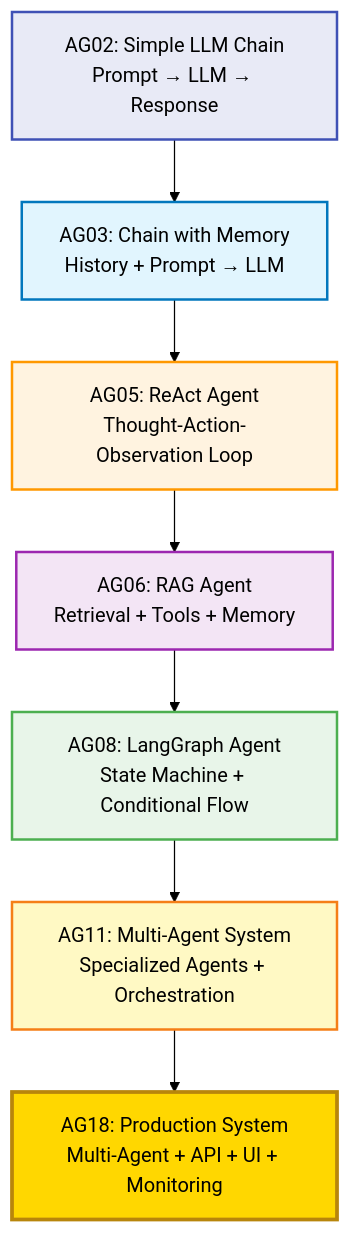
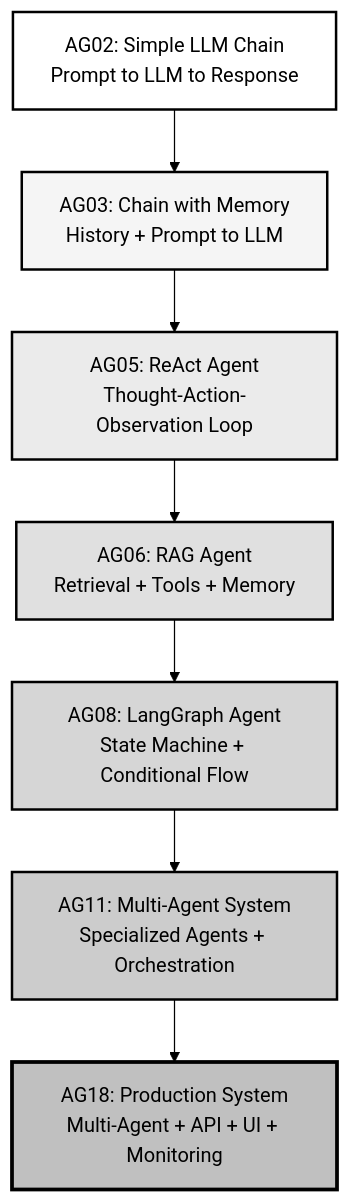
One commit to nexageapps/AI changed the fifth of 6 diagrams in Agents/README.md. Above: the diagram before and after it, drawn with Mermaid (forest theme). The commit also changed other lines of this file and 1 other file, not shown here.

````diff
--- a/Agents/README.md
+++ b/Agents/README.md
@@ -517,17 +517,17 @@
 ```mermaid
 graph TD
-    A["AG02: Simple LLM Chain<br/>Prompt → LLM → Response"] --> B["AG03: Chain with Memory<br/>History + Prompt → LLM"]
+    A["AG02: Simple LLM Chain<br/>Prompt to LLM to Response"] --> B["AG03: Chain with Memory<br/>History + Prompt to LLM"]
     B --> C["AG05: ReAct Agent<br/>Thought-Action-Observation Loop"]
     C --> D["AG06: RAG Agent<br/>Retrieval + Tools + Memory"]
     D --> E["AG08: LangGraph Agent<br/>State Machine + Conditional Flow"]
     E --> F["AG11: Multi-Agent System<br/>Specialized Agents + Orchestration"]
     F --> G["AG18: Production System<br/>Multi-Agent + API + UI + Monitoring"]
     
-    style A fill:#e8eaf6,stroke:#3f51b5,stroke-width:2px
-    style B fill:#e1f5fe,stroke:#0277bd,stroke-width:2px
-    style C fill:#fff3e0,stroke:#ff9800,stroke-width:2px
-    style D fill:#f3e5f5,stroke:#9c27b0,stroke-width:2px
-    style E fill:#e8f5e9,stroke:#4caf50,stroke-width:2px
-    style F fill:#fff9c4,stroke:#f57f17,stroke-width:2px
-    style G fill:#FFD700,stroke:#b8860b,stroke-width:3px
+    style A fill:#ffffff,stroke:#000000,stroke-width:2px,color:#000000
+    style B fill:#f5f5f5,stroke:#000000,stroke-width:2px,color:#000000
+    style C fill:#ebebeb,stroke:#000000,stroke-width:2px,color:#000000
+    style D fill:#e0e0e0,stroke:#000000,stroke-width:2px,color:#000000
+    style E fill:#d6d6d6,stroke:#000000,stroke-width:2px,color:#000000
+    style F fill:#cccccc,stroke:#000000,stroke-width:2px,color:#000000
+    style G fill:#c0c0c0,stroke:#000000,stroke-width:3px,color:#000000
 ```
````
